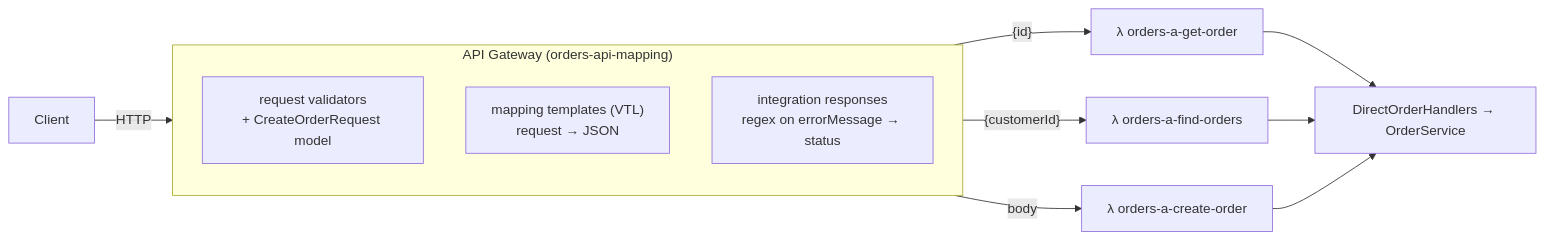
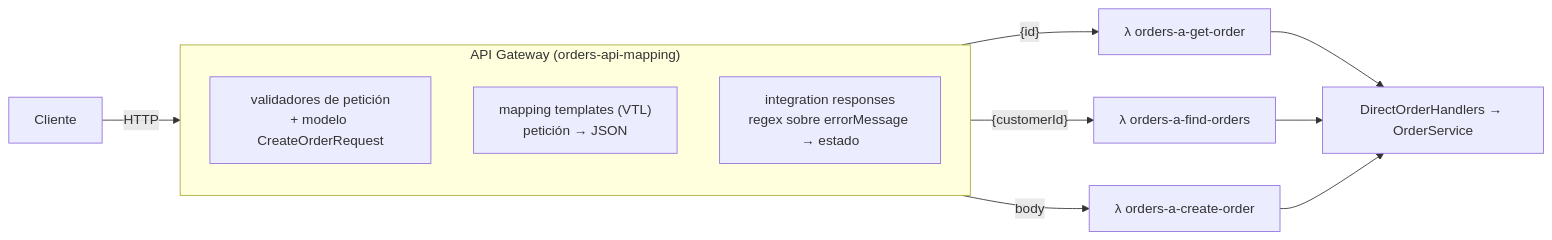
One commit to AnaFiquitiva/TDSE_Workshop-Designing-a-Serverless-REST-API-with-AWS-Lambda-and-API-Gateway changed the second of 4 diagrams in README.md. Above: the diagram before and after it, drawn with Mermaid. The commit also changed other lines of this file and 20 other files, not shown here.

````diff
--- a/README.md
+++ b/README.md
@@ -264,14 +264,14 @@
 ```mermaid
 flowchart LR
-    C[Client] -->|HTTP| AGW
+    C[Cliente] -->|HTTP| AGW
     subgraph AGW["API Gateway (orders-api-mapping)"]
         direction TB
-        V["request validators<br/>+ CreateOrderRequest model"]
-        RT["mapping templates (VTL)<br/>request → JSON"]
-        IR["integration responses<br/>regex on errorMessage → status"]
+        V["validadores de petición<br/>+ modelo CreateOrderRequest"]
+        RT["mapping templates (VTL)<br/>petición → JSON"]
+        IR["integration responses<br/>regex sobre errorMessage → estado"]
     end
     AGW -->|"{id}"| L1["λ orders-a-get-order"]
     AGW -->|"{customerId}"| L2["λ orders-a-find-orders"]
     AGW -->|"body"| L3["λ orders-a-create-order"]
     L1 & L2 & L3 --> D["DirectOrderHandlers → OrderService"]
 ```
````
